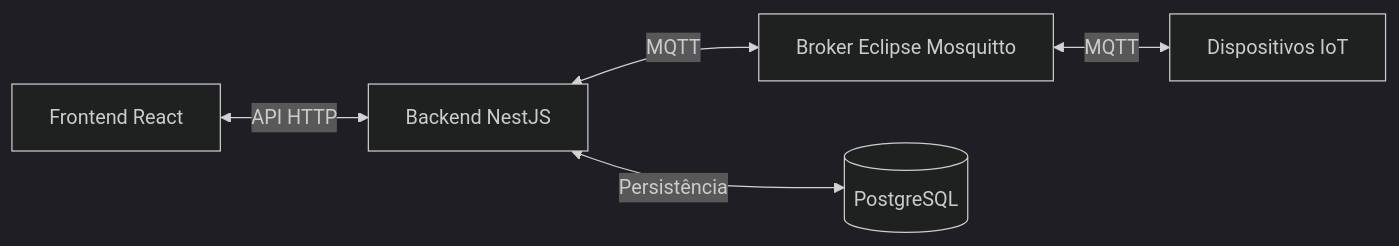
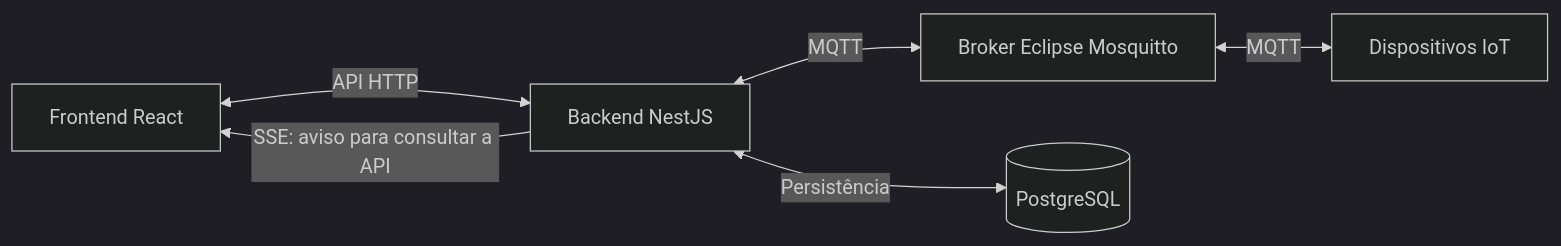
One commit to AndreLuizdeLima/Projeto-iot changed the diagram in PLANO.md. Above: the diagram before and after it, drawn with Mermaid (dark theme). The commit also changed other lines of this file, not shown here.

````diff
--- a/PLANO.md
+++ b/PLANO.md
@@ -25,7 +26,8 @@
 ```mermaid
 flowchart LR
     Frontend[Frontend React] <-->|API HTTP| Backend[Backend NestJS]
+    Backend -->|SSE: aviso para consultar a API| Frontend
     Backend <-->|MQTT| Broker[Broker Eclipse Mosquitto]
     Broker <-->|MQTT| Dispositivos[Dispositivos IoT]
     Backend <-->|Persistência| Banco[(PostgreSQL)]
 ```
````
